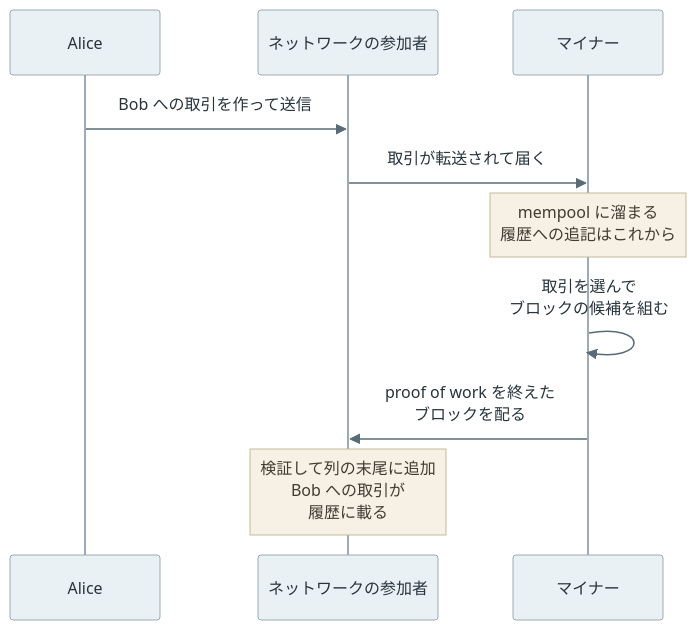
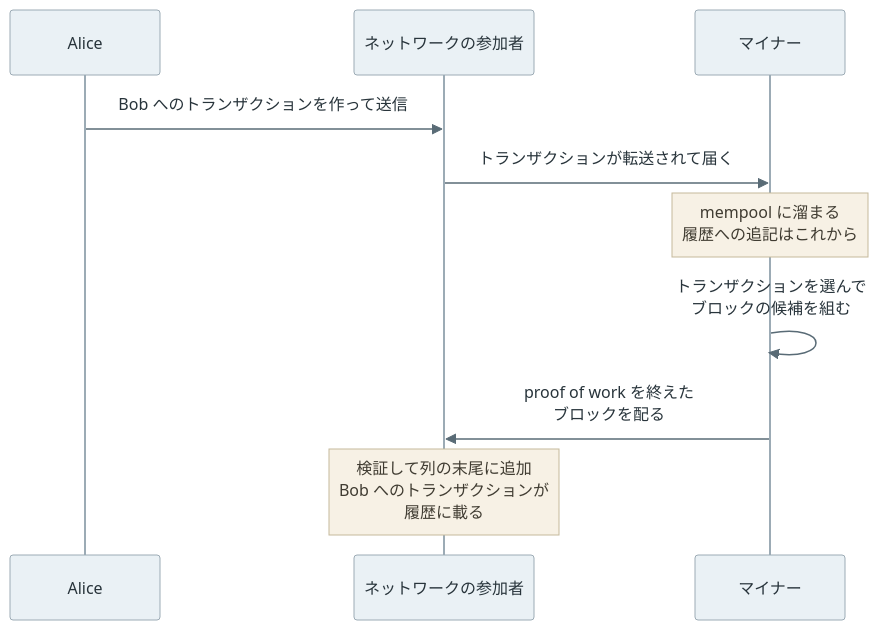
One commit to nao1215/debimate changed the second of 3 diagrams in content/notes/blockchain-systems/bitcoin-block/index.md. Above: the diagram before and after it, drawn with Mermaid. The commit also changed other lines of this file and 129 other files, not shown here.

````diff
--- a/content/notes/blockchain-systems/bitcoin-block/index.md
+++ b/content/notes/blockchain-systems/bitcoin-block/index.md
@@ -80,13 +80,13 @@
 ```mermaid
 %%{init: {"theme":"base","themeVariables":{"primaryColor":"#eaf1f5","primaryTextColor":"#28343b","primaryBorderColor":"#9cabb5","lineColor":"#596b76","textColor":"#28343b","actorBkg":"#eaf1f5","actorBorder":"#9cabb5","actorTextColor":"#28343b","actorLineColor":"#9cabb5","signalColor":"#596b76","signalTextColor":"#28343b","noteBkgColor":"#f7f1e5","noteBorderColor":"#c5b99b","noteTextColor":"#403c32","activationBkgColor":"#edf3ef","activationBorderColor":"#9aafa1"}}}%%
 sequenceDiagram
     participant A as Alice
     participant N as ネットワークの参加者
     participant M as マイナー
-    A->>N: Bob への取引を作って送信
-    N->>M: 取引が転送されて届く
+    A->>N: Bob へのトランザクションを作って送信
+    N->>M: トランザクションが転送されて届く
     Note over M: mempool に溜まる<br/>履歴への追記はこれから
-    M->>M: 取引を選んで<br/>ブロックの候補を組む
+    M->>M: トランザクションを選んで<br/>ブロックの候補を組む
     M->>N: proof of work を終えた<br/>ブロックを配る
-    Note over N: 検証して列の末尾に追加<br/>Bob への取引が<br/>履歴に載る
+    Note over N: 検証して列の末尾に追加<br/>Bob へのトランザクションが<br/>履歴に載る
 ```
````
